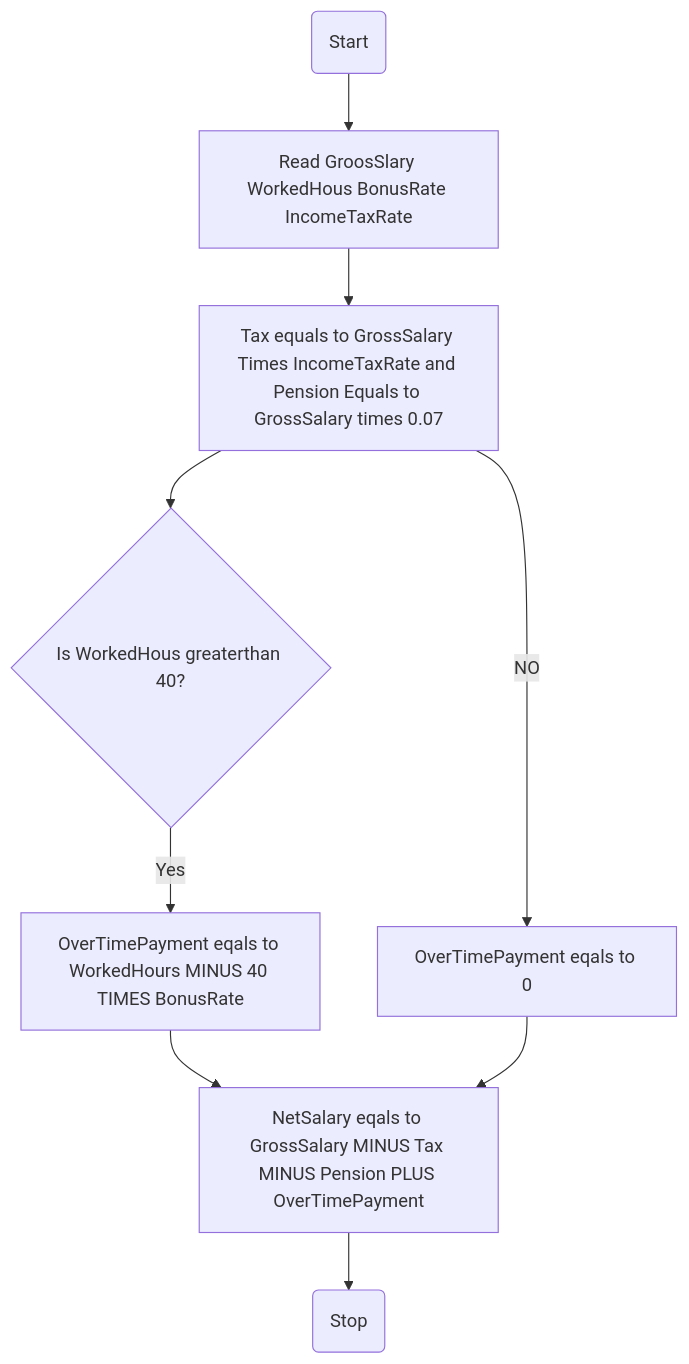
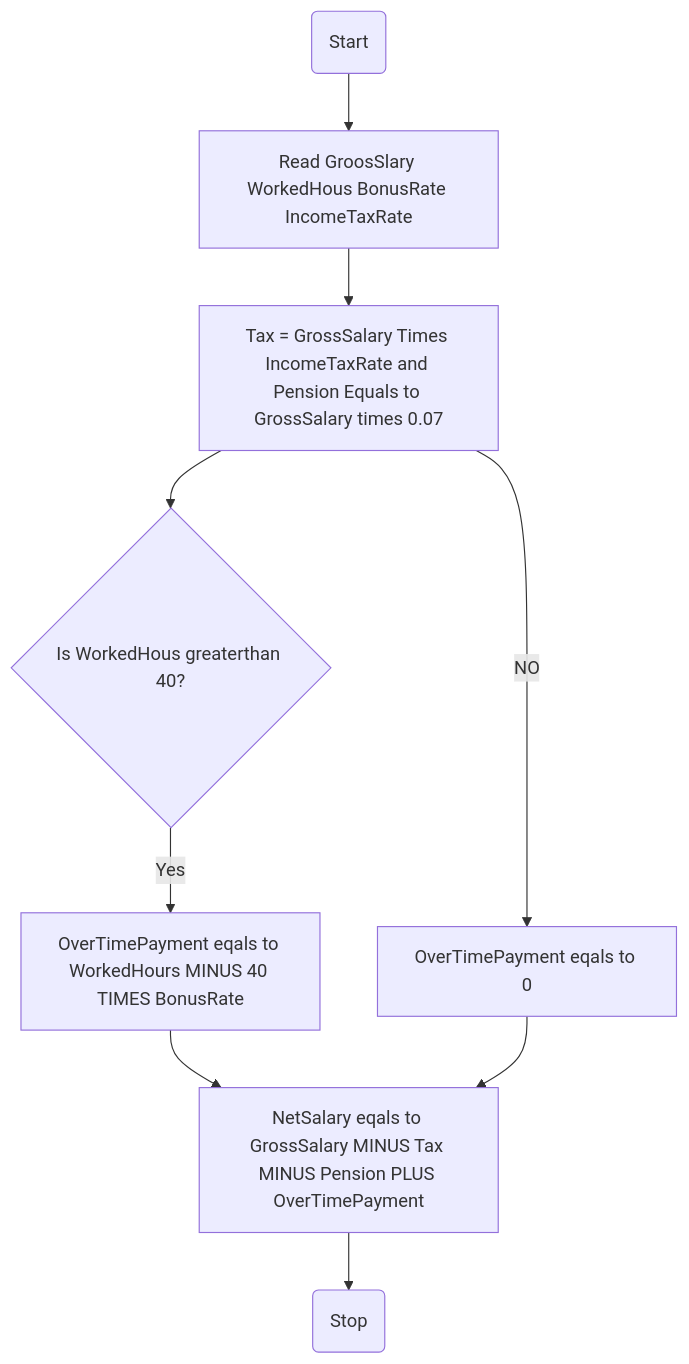
Before and after one commit to SWEG-2015EC-Batch/Code-Warrior: the diagram in ETS1351_15_Yabets_Maregn/income_calculator/flowchart.md, drawn with Mermaid.

Commit message:
flowchart.md

````diff
--- a/ETS1351_15_Yabets_Maregn/income_calculator/flowchart.md
+++ b/ETS1351_15_Yabets_Maregn/income_calculator/flowchart.md
@@ -1,11 +1,11 @@
 ```mermaid
 graph TD;
 A(Start) --> B[Read GroosSlary WorkedHous BonusRate IncomeTaxRate]
-B --> C[Tax equals to GrossSalary Times IncomeTaxRate and Pension Equals to GrossSalary times 0.07]
+B --> C[Tax = GrossSalary Times IncomeTaxRate and Pension Equals to GrossSalary times 0.07]
 C --> D{Is WorkedHous greaterthan 40?}
 D -- Yes --> E[OverTimePayment eqals to WorkedHours MINUS 40 TIMES BonusRate]
 E --> G[NetSalary eqals to GrossSalary MINUS Tax MINUS Pension PLUS OverTimePayment ]
 C -- NO --> F[OverTimePayment eqals to 0]
 F --> G[NetSalary eqals to GrossSalary MINUS Tax MINUS Pension PLUS OverTimePayment ]
 G --> H(Stop)
 ```
````
